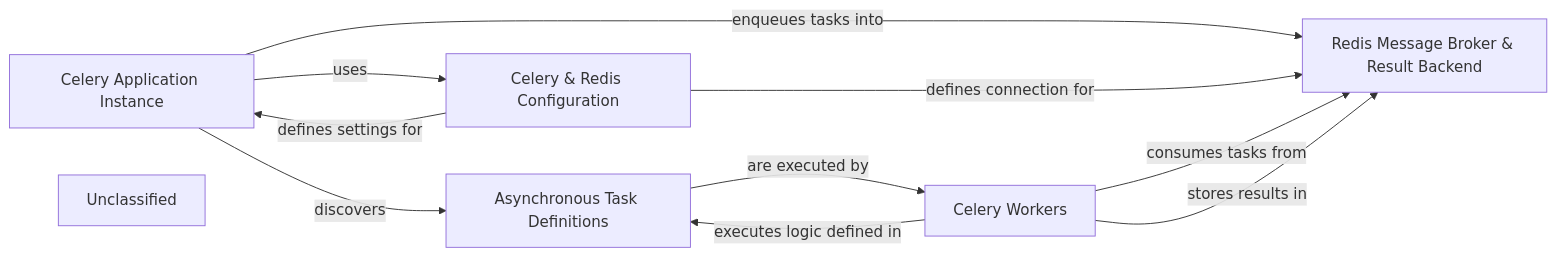
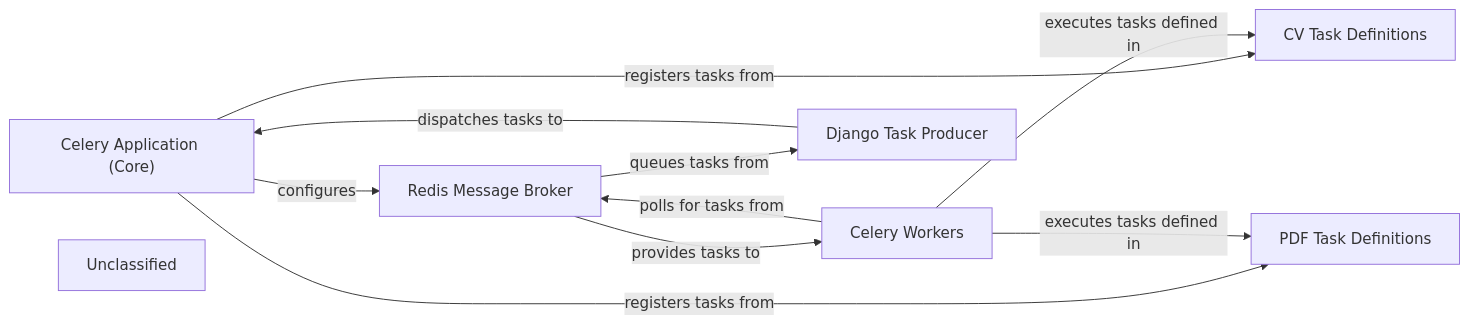
Before and after one commit to CodeBoarding/GeneratedOnBoardings: the diagram in cvimprover-api/Asynchronous_Task_System.md, drawn with Mermaid. The commit also changed other lines of this file and 11 other files, not shown here.

````diff
--- a/cvimprover-api/Asynchronous_Task_System.md
+++ b/cvimprover-api/Asynchronous_Task_System.md
@@ -1,18 +1,19 @@
 ```mermaid
 graph LR
-    Celery_Application_Instance["Celery Application Instance"]
-    Celery_Redis_Configuration["Celery & Redis Configuration"]
-    Asynchronous_Task_Definitions["Asynchronous Task Definitions"]
-    Redis_Message_Broker_Result_Backend["Redis Message Broker & Result Backend"]
+    Celery_Application_Core_["Celery Application (Core)"]
+    Redis_Message_Broker["Redis Message Broker"]
     Celery_Workers["Celery Workers"]
+    CV_Task_Definitions["CV Task Definitions"]
+    PDF_Task_Definitions["PDF Task Definitions"]
+    Django_Task_Producer["Django Task Producer"]
     Unclassified["Unclassified"]
-    Celery_Application_Instance -- "uses" --> Celery_Redis_Configuration
-    Celery_Redis_Configuration -- "defines settings for" --> Celery_Application_Instance
-    Celery_Application_Instance -- "discovers" --> Asynchronous_Task_Definitions
-    Celery_Application_Instance -- "enqueues tasks into" --> Redis_Message_Broker_Result_Backend
-    Celery_Redis_Configuration -- "defines connection for" --> Redis_Message_Broker_Result_Backend
-    Asynchronous_Task_Definitions -- "are executed by" --> Celery_Workers
-    Celery_Workers -- "consumes tasks from" --> Redis_Message_Broker_Result_Backend
-    Celery_Workers -- "stores results in" --> Redis_Message_Broker_Result_Backend
-    Celery_Workers -- "executes logic defined in" --> Asynchronous_Task_Definitions
+    Django_Task_Producer -- "dispatches tasks to" --> Celery_Application_Core_
+    Celery_Application_Core_ -- "configures" --> Redis_Message_Broker
+    Celery_Application_Core_ -- "registers tasks from" --> CV_Task_Definitions
+    Celery_Application_Core_ -- "registers tasks from" --> PDF_Task_Definitions
+    Redis_Message_Broker -- "queues tasks from" --> Django_Task_Producer
+    Celery_Workers -- "polls for tasks from" --> Redis_Message_Broker
+    Celery_Workers -- "executes tasks defined in" --> CV_Task_Definitions
+    Celery_Workers -- "executes tasks defined in" --> PDF_Task_Definitions
+    Redis_Message_Broker -- "provides tasks to" --> Celery_Workers
 ```
````
